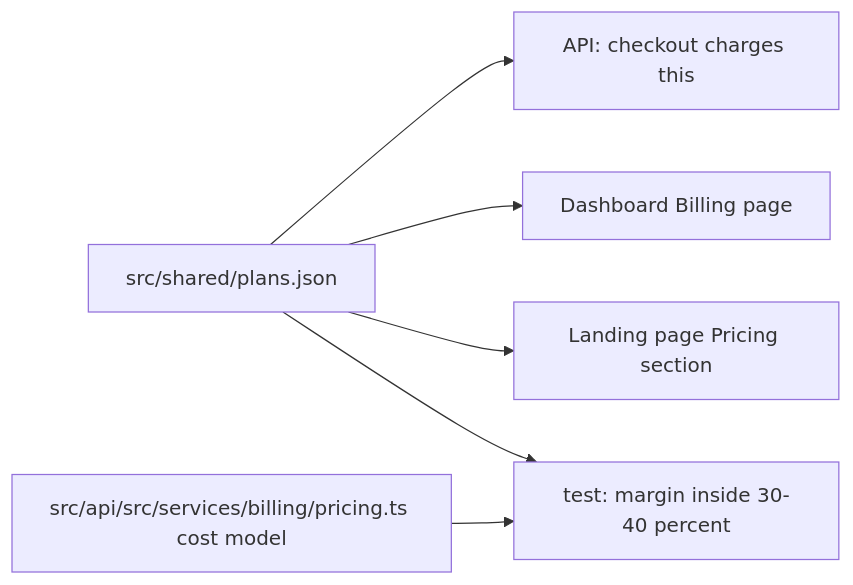
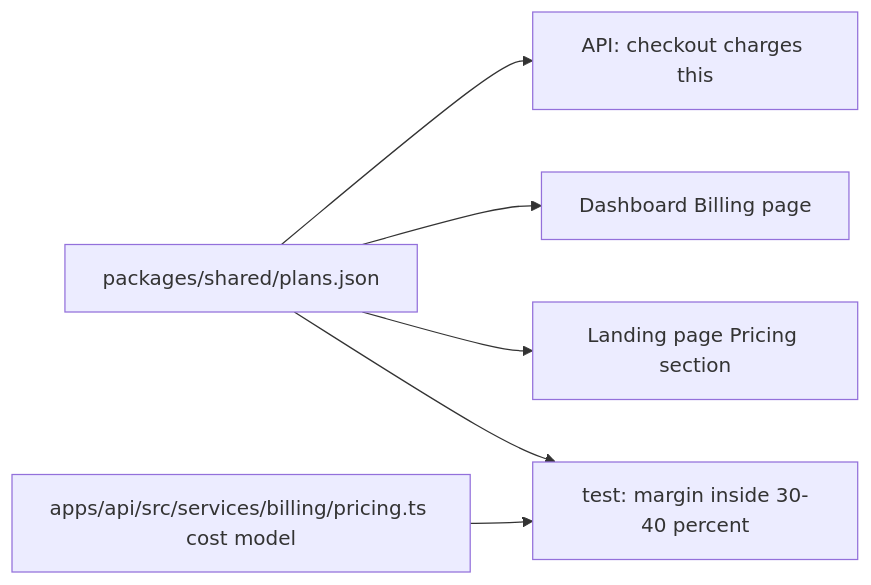
The diagram in docs/billing/pricing.md (Aevrin-ai/modelWrecker), drawn with Mermaid before and after one commit. The commit also changed other lines of this file and 25 other files, not shown here.

First line of the commit message:
chore(repo): move the web apps and the API into apps/ and packages/ (ADR-0025)

````diff
--- a/docs/billing/pricing.md
+++ b/docs/billing/pricing.md
@@ -16,8 +16,8 @@
 ```mermaid
 flowchart LR
-  CFG[src/shared/plans.json] --> API[API: checkout charges this]
+  CFG[packages/shared/plans.json] --> API[API: checkout charges this]
   CFG --> DASH[Dashboard Billing page]
   CFG --> WEB[Landing page Pricing section]
-  MODEL[src/api/src/services/billing/pricing.ts cost model] --> TEST[test: margin inside 30-40 percent]
+  MODEL[apps/api/src/services/billing/pricing.ts cost model] --> TEST[test: margin inside 30-40 percent]
   CFG --> TEST
 ```
````
